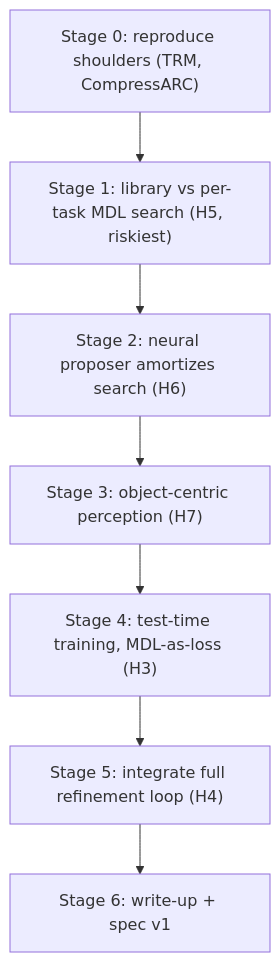
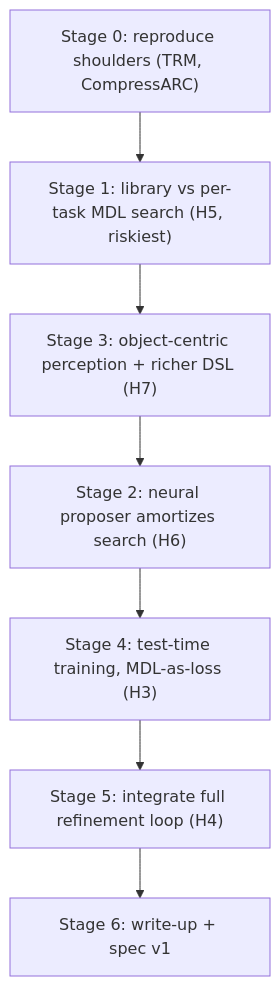
The second of 2 diagrams in docs/vnr-build-test-plan.md (nick-lang/VNR), drawn with Mermaid before and after one commit. The commit also changed other lines of this file and 1 other file, not shown here.

Commit message:
plan: run Stage 3 before Stage 2 (ordering pivot)
Stage 1 accepted H5 but showed the 13-op geometric DSL covers only ~2% of
real ARC-AGI-1. DSL/perception coverage is now the binding constraint: a
neural proposer (Stage 2) would amortize search over a DSL that cannot
express real tasks. Pull Stage 3 (object-centric perception + richer DSL)
ahead so later results generalize beyond synthetic reuse.

````diff
--- a/docs/vnr-build-test-plan.md
+++ b/docs/vnr-build-test-plan.md
@@ -39,10 +39,10 @@
 ```mermaid
 flowchart TD
   S0["Stage 0: reproduce shoulders (TRM, CompressARC)"] --> S1
-  S1["Stage 1: library vs per-task MDL search (H5, riskiest)"] --> S2
-  S2["Stage 2: neural proposer amortizes search (H6)"] --> S3
-  S3["Stage 3: object-centric perception (H7)"] --> S4
+  S1["Stage 1: library vs per-task MDL search (H5, riskiest)"] --> S3
+  S3["Stage 3: object-centric perception + richer DSL (H7)"] --> S2
+  S2["Stage 2: neural proposer amortizes search (H6)"] --> S4
   S4["Stage 4: test-time training, MDL-as-loss (H3)"] --> S5
   S5["Stage 5: integrate full refinement loop (H4)"] --> S6
   S6["Stage 6: write-up + spec v1"]
 ```
````
